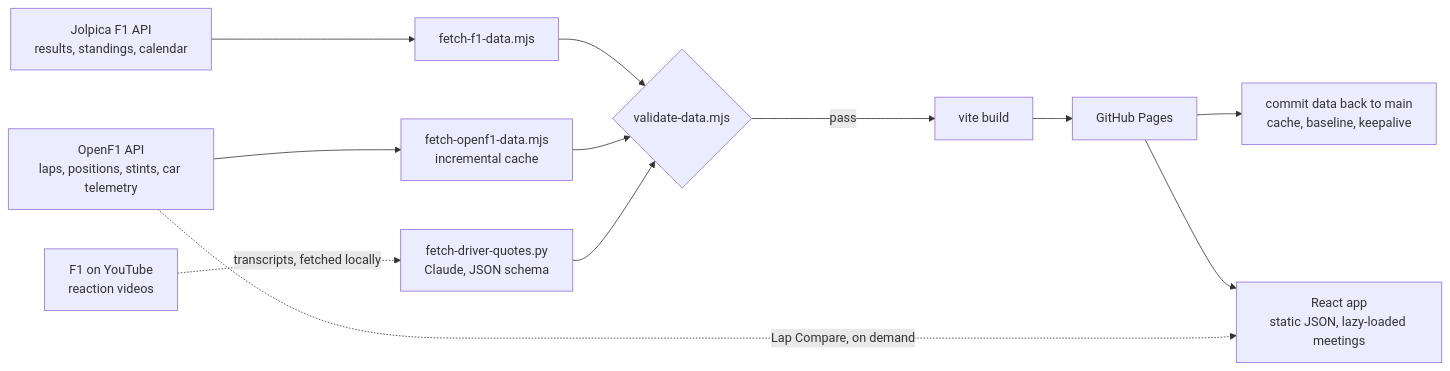
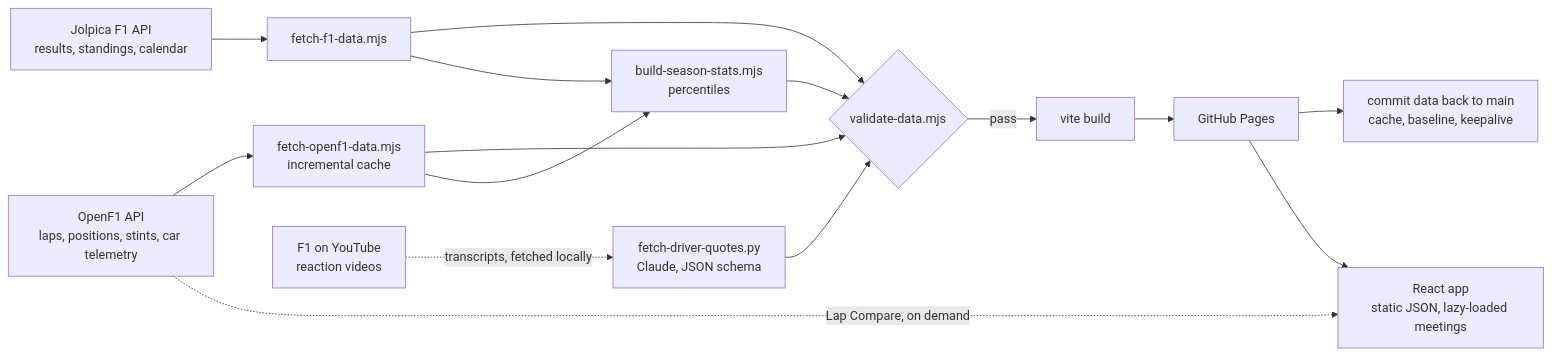
Before and after one commit to RowanFlynnPilot/f1-dashboard: the diagram in README.md, drawn with Mermaid. The commit also changed other lines of this file and 5 other files, not shown here.

````diff
--- a/README.md
+++ b/README.md
@@ -31,13 +43,16 @@
 ```mermaid
 flowchart LR
   J["Jolpica F1 API<br/>results, standings, calendar"] --> FJ["fetch-f1-data.mjs"]
   O["OpenF1 API<br/>laps, positions, stints, car telemetry"] --> FO["fetch-openf1-data.mjs<br/>incremental cache"]
   Y["F1 on YouTube<br/>reaction videos"] -. "transcripts, fetched locally" .-> FQ["fetch-driver-quotes.py<br/>Claude, JSON schema"]
   FJ --> V{"validate-data.mjs"}
   FO --> V
   FQ --> V
+  FJ --> S["build-season-stats.mjs<br/>percentiles"]
+  FO --> S
+  S --> V
   V -- pass --> B["vite build"] --> P["GitHub Pages"]
   P --> C["commit data back to main<br/>cache, baseline, keepalive"]
   P --> A["React app<br/>static JSON, lazy-loaded meetings"]
   O -. "Lap Compare, on demand" .-> A
 ```
````
